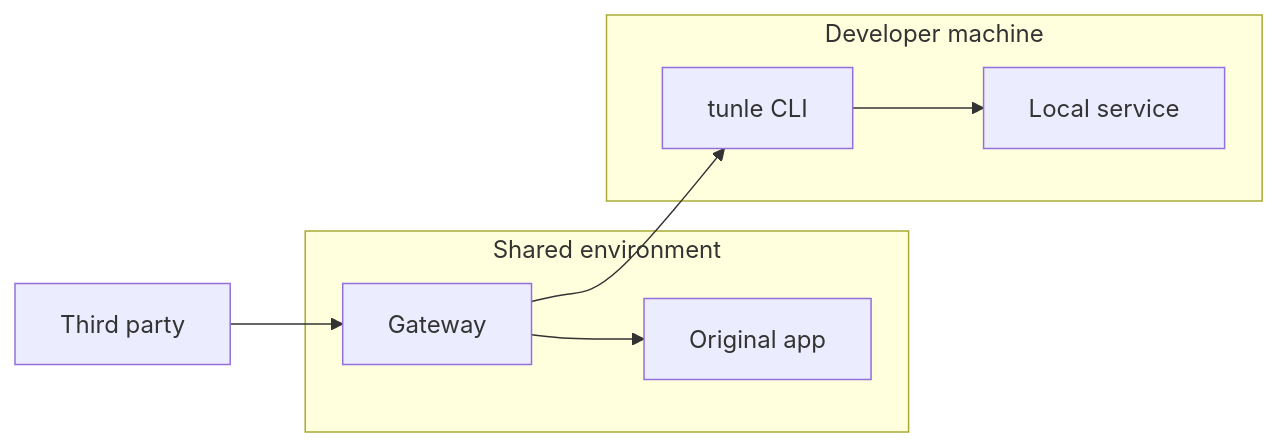
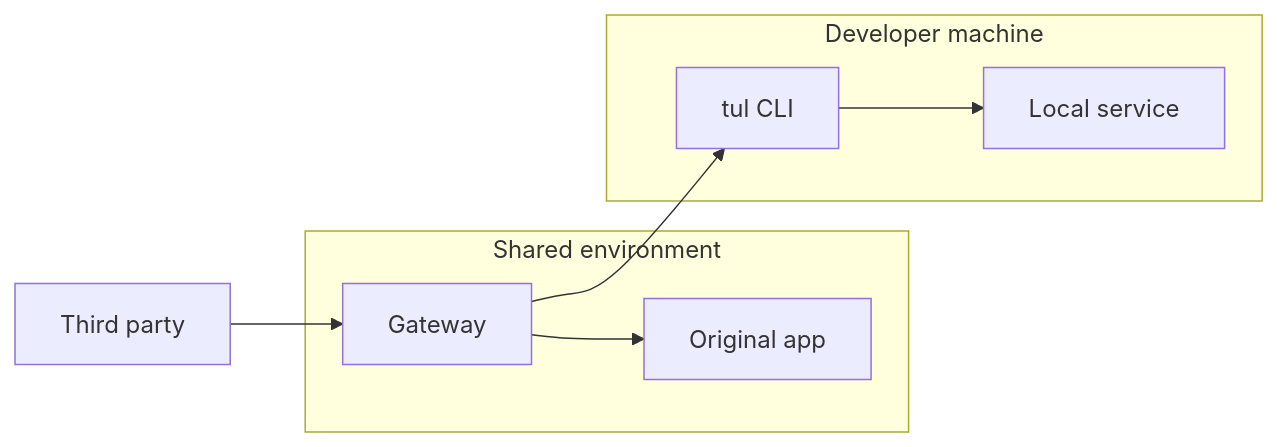
One commit to iml885203/tunlease changed the diagram in docs/architecture.md. Above: the diagram before and after it, drawn with Mermaid. The commit also changed 24 other files, not shown here.

Commit message:
feat(cli)!: rename executable to tul

````diff
--- a/docs/architecture.md
+++ b/docs/architecture.md
@@ -24,11 +24,11 @@
 ```mermaid
 flowchart LR
     ThirdParty["Third party"] --> Gateway["Gateway"]
     subgraph Shared["Shared environment"]
       Gateway --> Origin["Original app"]
     end
     subgraph Developer["Developer machine"]
-      CLI["tunle CLI"] --> Local["Local service"]
+      CLI["tul CLI"] --> Local["Local service"]
     end
     Gateway --> CLI
 ```
````
